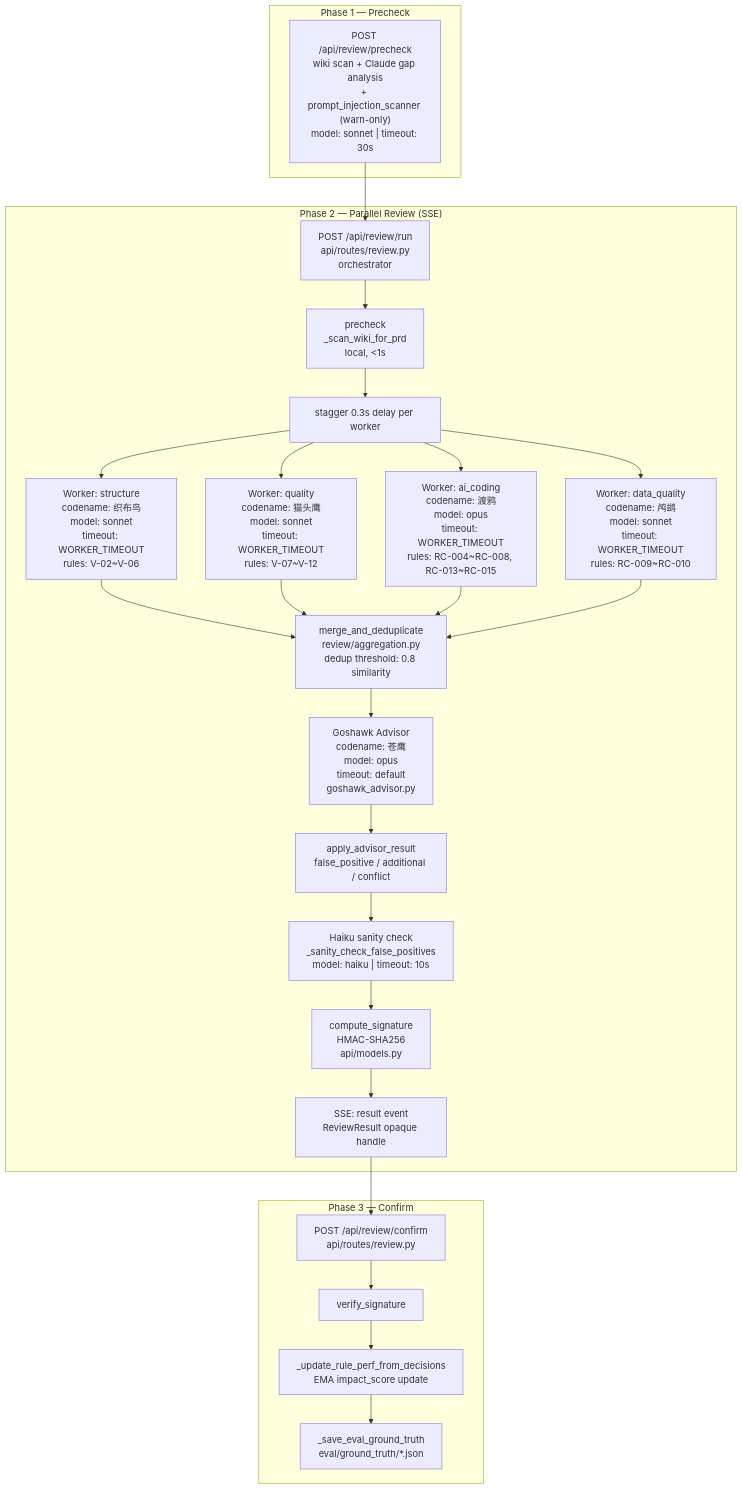
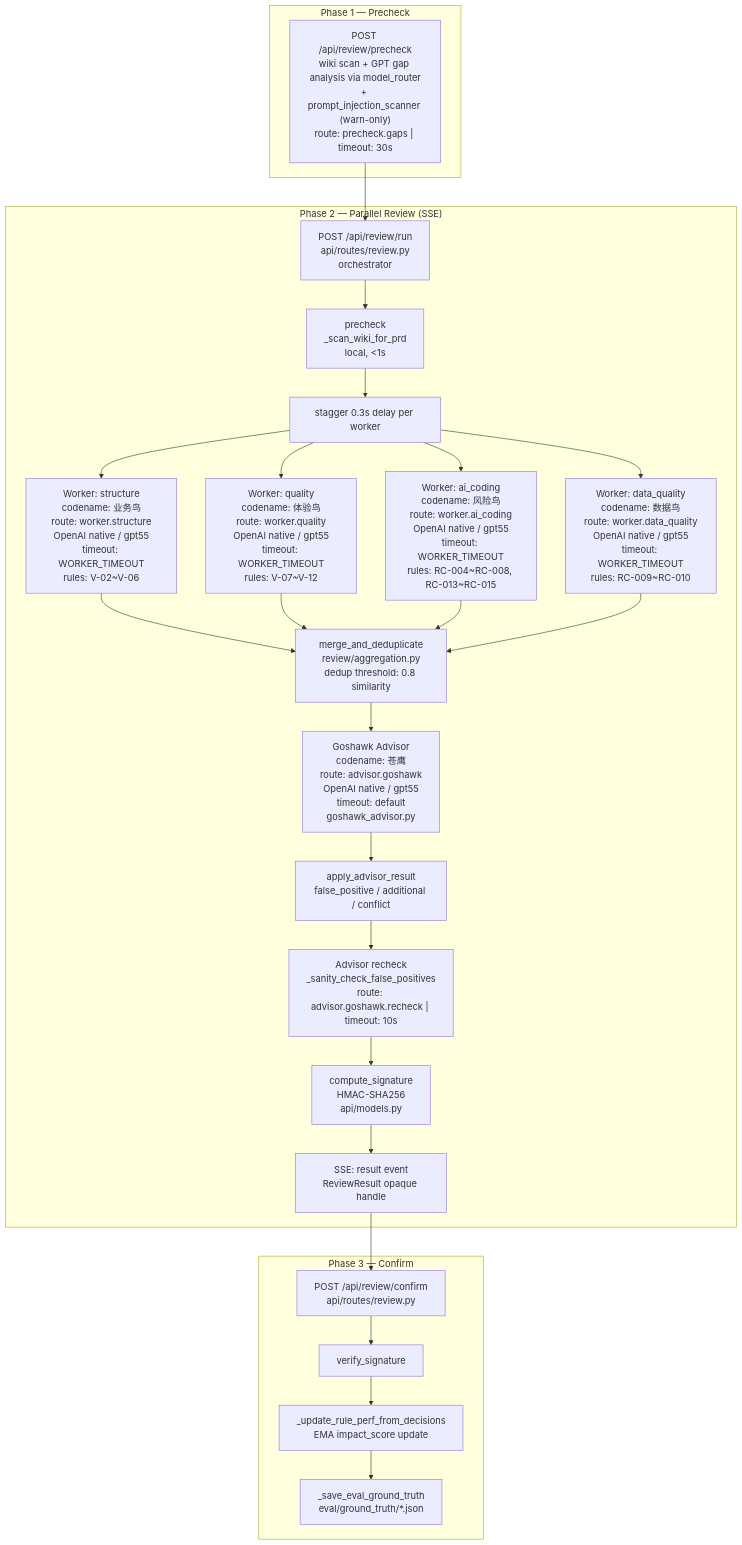
The first of 3 diagrams in ARCHITECTURE.md (albedolyu/pecker-prd-review-agent), drawn with Mermaid before and after one commit. The commit also changed 7 other files, not shown here.

````diff
--- a/ARCHITECTURE.md
+++ b/ARCHITECTURE.md
@@ -5,39 +5,39 @@
 ```mermaid
 flowchart TD
     subgraph "Phase 1 — Precheck"
-        A["POST /api/review/precheck<br/>wiki scan + Claude gap analysis<br/>+ prompt_injection_scanner (warn-only)<br/>model: sonnet | timeout: 30s"]
+        A["POST /api/review/precheck<br/>wiki scan + GPT gap analysis via model_router<br/>+ prompt_injection_scanner (warn-only)<br/>route: precheck.gaps | timeout: 30s"]
     end
 
     subgraph "Phase 2 — Parallel Review (SSE)"
         B["POST /api/review/run<br/>api/routes/review.py<br/>orchestrator"]
         B --> C["precheck<br/>_scan_wiki_for_prd<br/>local, <1s"]
         C --> D0["stagger 0.3s delay per worker"]
 
-        D0 --> D1["Worker: structure<br/>codename: 织布鸟<br/>model: sonnet<br/>timeout: WORKER_TIMEOUT<br/>rules: V-02~V-06"]
-        D0 --> D2["Worker: quality<br/>codename: 猫头鹰<br/>model: sonnet<br/>timeout: WORKER_TIMEOUT<br/>rules: V-07~V-12"]
-        D0 --> D3["Worker: ai_coding<br/>codename: 渡鸦<br/>model: opus<br/>timeout: WORKER_TIMEOUT<br/>rules: RC-004~RC-008, RC-013~RC-015"]
-        D0 --> D4["Worker: data_quality<br/>codename: 鸬鹚<br/>model: sonnet<br/>timeout: WORKER_TIMEOUT<br/>rules: RC-009~RC-010"]
+        D0 --> D1["Worker: structure<br/>codename: 业务鸟<br/>route: worker.structure<br/>OpenAI native / gpt55<br/>timeout: WORKER_TIMEOUT<br/>rules: V-02~V-06"]
+        D0 --> D2["Worker: quality<br/>codename: 体验鸟<br/>route: worker.quality<br/>OpenAI native / gpt55<br/>timeout: WORKER_TIMEOUT<br/>rules: V-07~V-12"]
+        D0 --> D3["Worker: ai_coding<br/>codename: 风险鸟<br/>route: worker.ai_coding<br/>OpenAI native / gpt55<br/>timeout: WORKER_TIMEOUT<br/>rules: RC-004~RC-008, RC-013~RC-015"]
+        D0 --> D4["Worker: data_quality<br/>codename: 数据鸟<br/>route: worker.data_quality<br/>OpenAI native / gpt55<br/>timeout: WORKER_TIMEOUT<br/>rules: RC-009~RC-010"]
 
         D1 --> E["merge_and_deduplicate<br/>review/aggregation.py<br/>dedup threshold: 0.8 similarity"]
         D2 --> E
         D3 --> E
         D4 --> E
 
-        E --> F["Goshawk Advisor<br/>codename: 苍鹰<br/>model: opus<br/>timeout: default<br/>goshawk_advisor.py"]
+        E --> F["Goshawk Advisor<br/>codename: 苍鹰<br/>route: advisor.goshawk<br/>OpenAI native / gpt55<br/>timeout: default<br/>goshawk_advisor.py"]
 
         F --> G["apply_advisor_result<br/>false_positive / additional / conflict"]
-        G --> H["Haiku sanity check<br/>_sanity_check_false_positives<br/>model: haiku | timeout: 10s"]
+        G --> H["Advisor recheck<br/>_sanity_check_false_positives<br/>route: advisor.goshawk.recheck | timeout: 10s"]
         H --> I["compute_signature<br/>HMAC-SHA256<br/>api/models.py"]
         I --> J["SSE: result event<br/>ReviewResult opaque handle"]
     end
 
     subgraph "Phase 3 — Confirm"
         K["POST /api/review/confirm<br/>api/routes/review.py"]
         K --> L["verify_signature"]
         L --> M["_update_rule_perf_from_decisions<br/>EMA impact_score update"]
         M --> N["_save_eval_ground_truth<br/>eval/ground_truth/*.json"]
     end
 
     A --> B
     J --> K
 ```
````
